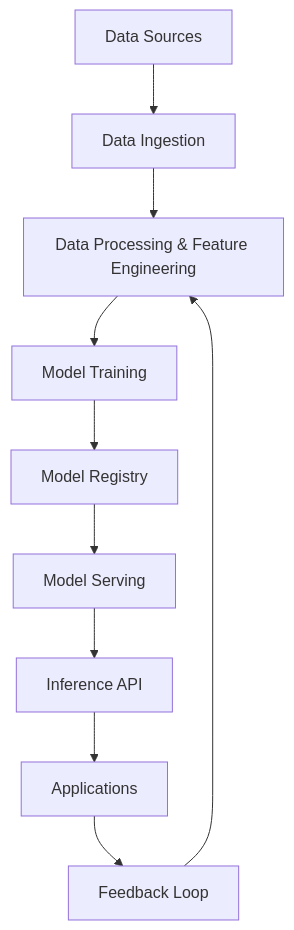
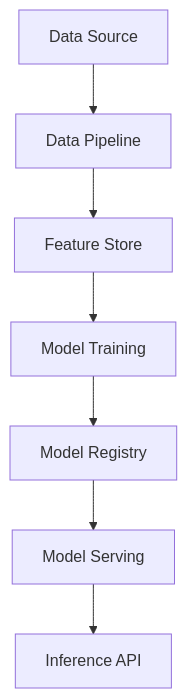
Before and after one commit to VrushankPatel/interview-matters: the diagram in machine-learning-in-system-design/README.md, drawn with Mermaid. The commit also changed other lines of this file and 3 other files, not shown here.

````diff
--- a/machine-learning-in-system-design/README.md
+++ b/machine-learning-in-system-design/README.md
@@ -36,12 +71,9 @@
 ```mermaid
 graph TD
-    A[Data Sources] --> B[Data Ingestion]
-    B --> C[Data Processing & Feature Engineering]
-    C --> D[Model Training]
-    D --> E[Model Registry]
-    E --> F[Model Serving]
-    F --> G[Inference API]
-    G --> H[Applications]
-    H --> I[Feedback Loop]
-    I --> C
+A[Data Source] --> B[Data Pipeline]
+B --> C[Feature Store]
+C --> D[Model Training]
+D --> E[Model Registry]
+E --> F[Model Serving]
+F --> G[Inference API]
 ```
````
